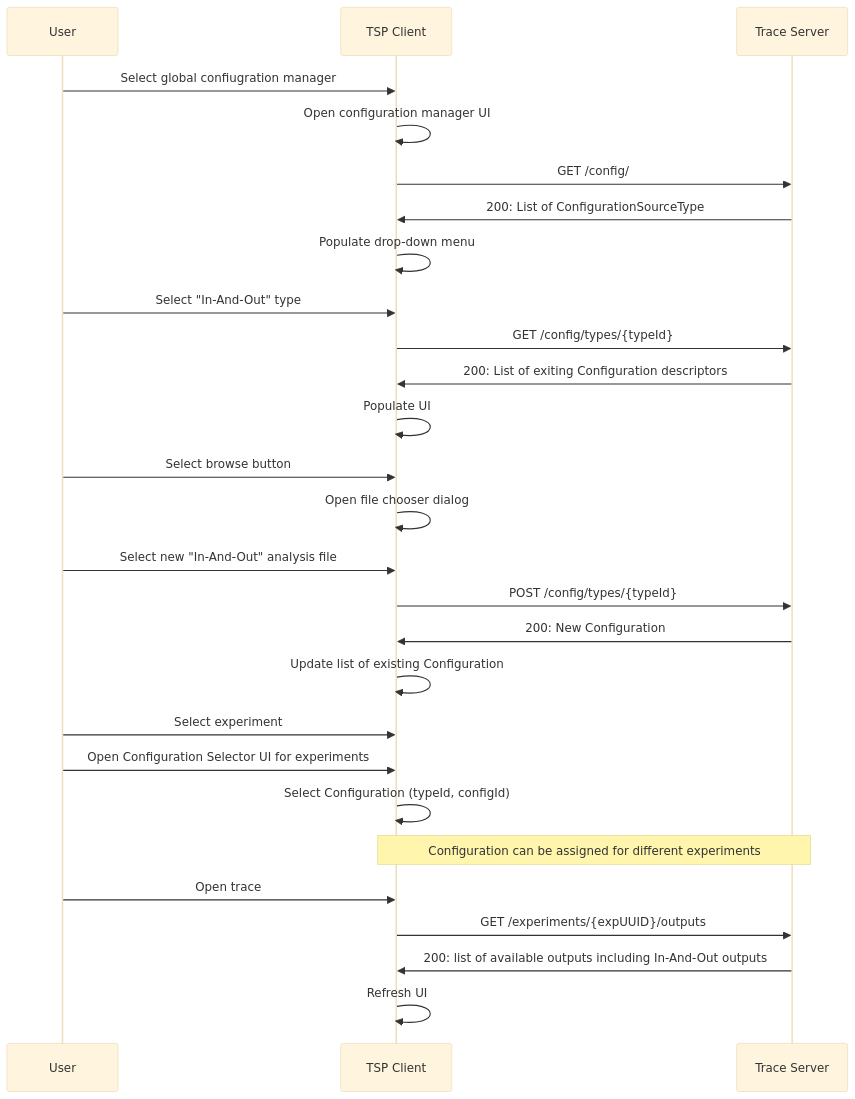
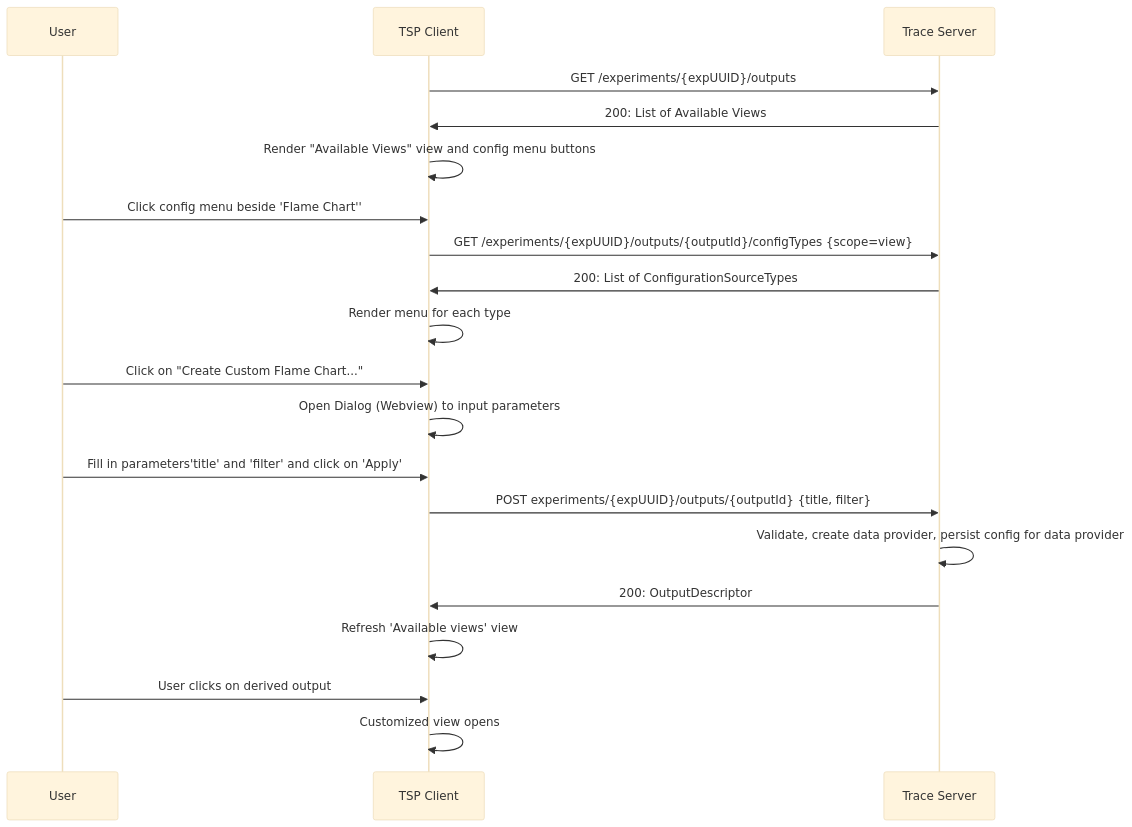
The fourth of 5 diagrams in doc/adr/0011-tsp-analysis-api.md (eclipse-cdt-cloud/theia-trace-extension), drawn with Mermaid (base theme) before and after one commit. The commit also changed other lines of this file, not shown here.

First line of the commit message:
Update 0011-tsp-analysis-api for custom analysis

````diff
--- a/doc/adr/0011-tsp-analysis-api.md
+++ b/doc/adr/0011-tsp-analysis-api.md
@@ -199,29 +225,22 @@
 ```mermaid
 sequenceDiagram
     participant user as User
     participant client as TSP Client
     participant server as Trace Server
-    user->>client: Select global confiugration manager
-    client->>client: Open configuration manager UI
-    client->>server: GET /config/
-    server->>client: 200: List of ConfigurationSourceType
-    client->>client: Populate drop-down menu
-    user->>client: Select "In-And-Out" type
-    client->>server: GET /config/types/{typeId}
-    server->>client: 200: List of exiting Configuration descriptors
-    client->>client: Populate UI
-    user->>client: Select browse button
-    client->>client: Open file chooser dialog
-    user->>client: Select new "In-And-Out" analysis file
-    client->>server: POST /config/types/{typeId}
-    server->>client: 200: New Configuration
-    client->>client: Update list of existing Configuration
-    user->>client: Select experiment
-    user->>client: Open Configuration Selector UI for experiments
-    client->>client: Select Configuration (typeId, configId)
-    Note over client,server: Configuration can be assigned for different experiments
-    user->>client: Open trace
     client->>server: GET /experiments/{expUUID}/outputs
-    server->>client: 200: list of available outputs including In-And-Out outputs
-    client->>client: Refresh UI
-```
+    server->>client: 200: List of Available Views
+    client->>client: Render "Available Views" view and config menu buttons
+    user->>client: Click config menu beside 'Flame Chart''
+    client->>server: GET /experiments/{expUUID}/outputs/{outputId}/configTypes {scope=view}
+    server->>client: 200: List of ConfigurationSourceTypes
+    client->>client: Render menu for each type
+    user->>client: Click on "Create Custom Flame Chart..."
+    client->>client: Open Dialog (Webview) to input parameters
+    user->>client: Fill in parameters'title' and 'filter' and click on 'Apply'
+    client->>server: POST experiments/{expUUID}/outputs/{outputId} {title, filter}
+    server->>server: Validate, create data provider, persist config for data provider
+    server->>client: 200: OutputDescriptor
+    client->>client: Refresh 'Available views' view
+    user->>client: User clicks on derived output
+    client->>client: Customized view opens
+ ```
````
